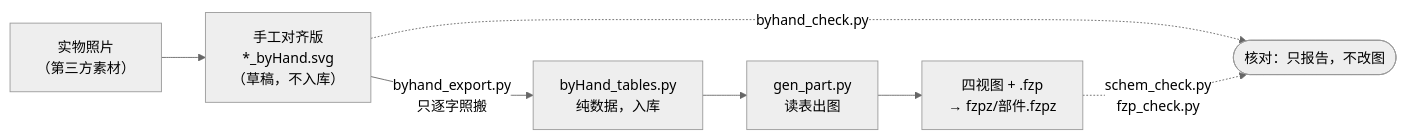
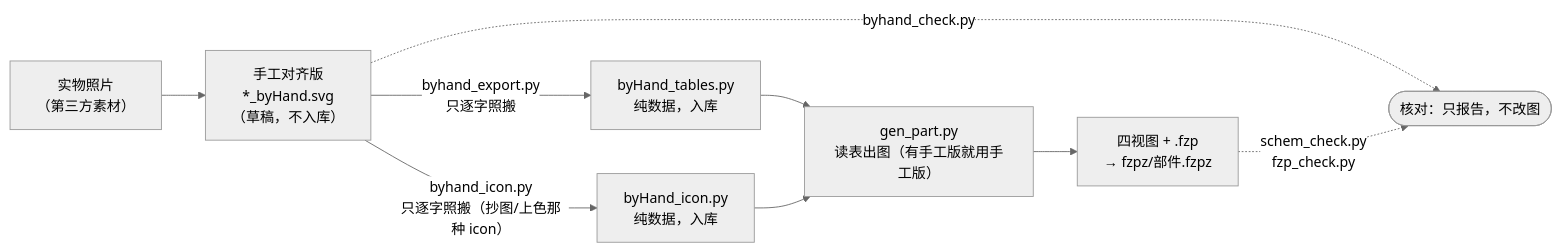
One commit to langhua/fritzing-parts-langhua changed the diagram in tools/README.md. Above: the diagram before and after it, drawn with Mermaid (neutral theme). The commit also changed other lines of this file and 18 other files, not shown here.

First line of the commit message:
MX-1.25-3P-V：1.25mm 3P 立贴母座（抄图纸俯视图上色）+ 抄图/手工版 icon 工具链

````diff
--- a/tools/README.md
+++ b/tools/README.md
@@ -25,8 +36,11 @@
 ```mermaid
 flowchart LR
   P["实物照片<br/>（第三方素材）"] --> H["手工对齐版<br/>*_byHand.svg<br/>（草稿，不入库）"]
   H -->|"byhand_export.py<br/>只逐字照搬"| T["byHand_tables.py<br/>纯数据，入库"]
-  T --> G["gen_part.py<br/>读表出图"] --> O["四视图 + .fzp<br/>→ fzpz/部件.fzpz"]
+  H -->|"byhand_icon.py<br/>只逐字照搬（抄图/上色那种 icon）"| T2["byHand_icon.py<br/>纯数据，入库"]
+  T --> G["gen_part.py<br/>读表出图（有手工版就用手工版）"]
+  T2 --> G
+  G --> O["四视图 + .fzp<br/>→ fzpz/部件.fzpz"]
   H -.->|"byhand_check.py"| C(["核对：只报告，不改图"])
   O -.->|"schem_check.py<br/>fzp_check.py"| C
 ```
````
